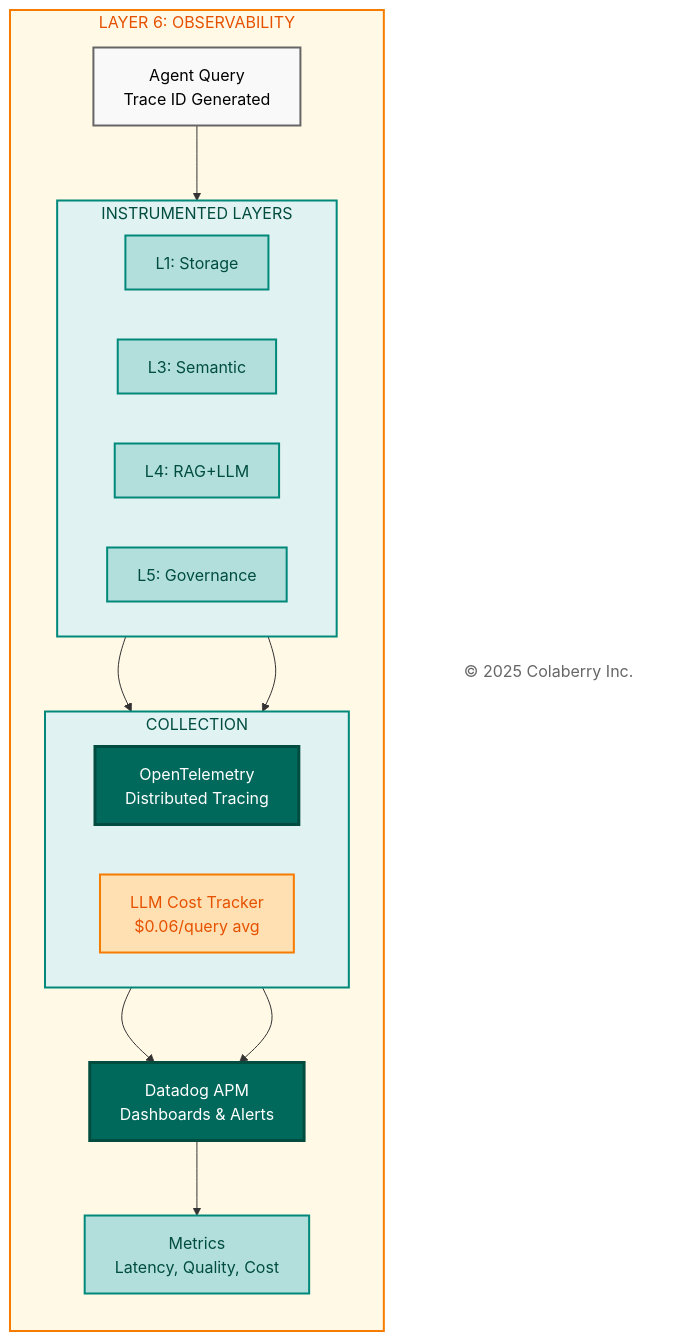
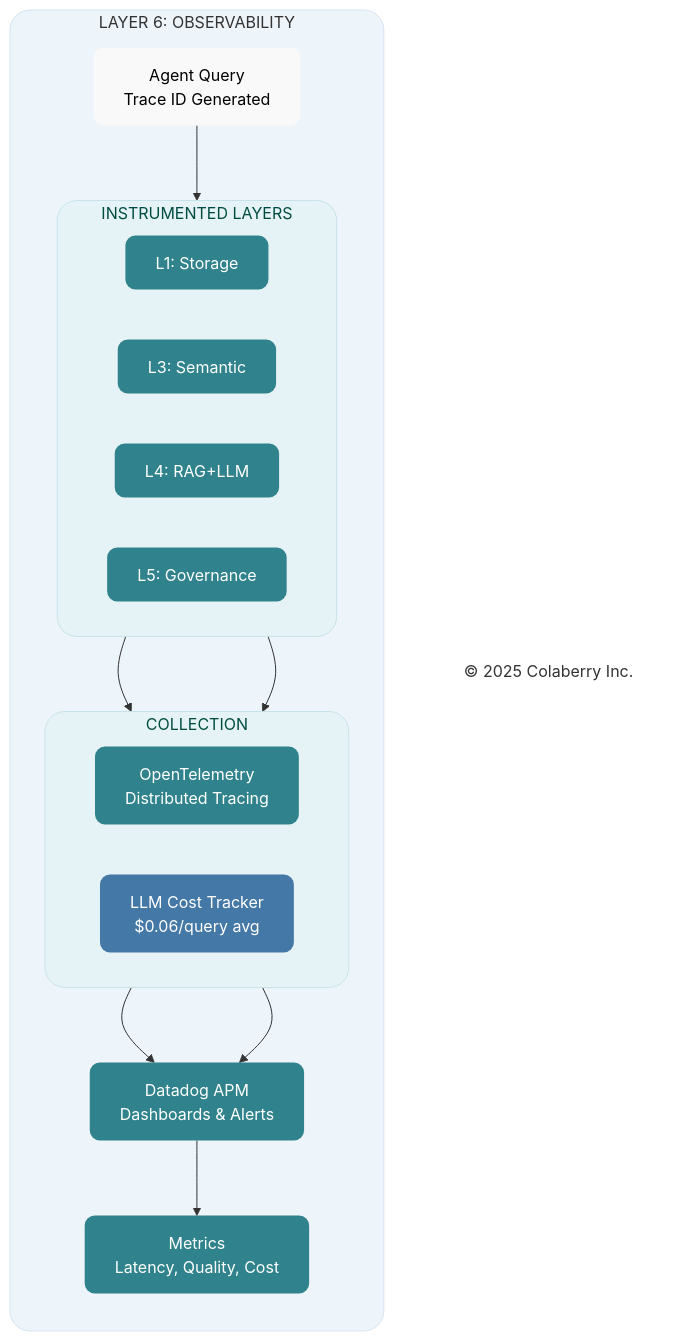
The seventh of 14 diagrams in manuscript/07_chapter_6_transparency_orchestration_layers.md (saitejesh-cyber/trust-before-intelligence-book), drawn with Mermaid before and after one commit. The commit also changed other lines of this file and 7 other files, not shown here.

Commit message:
Chapter 6to13: Updated mermaid diagrams based on new colaberry color code

````diff
--- a/manuscript/07_chapter_6_transparency_orchestration_layers.md
+++ b/manuscript/07_chapter_6_transparency_orchestration_layers.md
@@ -569,49 +569,49 @@
 ```mermaid
 
 graph TB
     subgraph LAYER6["LAYER 6: OBSERVABILITY"]
         direction TB
         Query["Agent Query<br/>Trace ID Generated"]
         
         subgraph LAYERS["INSTRUMENTED LAYERS"]
             direction LR
             L1["L1: Storage"]
             L3["L3: Semantic"]
             L4["L4: RAG+LLM"]
             L5["L5: Governance"]
         end
         
         subgraph COLLECTION["COLLECTION"]
             direction LR
             OTEL["OpenTelemetry<br/>Distributed Tracing"]
             LLM["LLM Cost Tracker<br/>$0.06/query avg"]
         end
         
         DD["Datadog APM<br/>Dashboards & Alerts"]
         Metrics["Metrics<br/>Latency, Quality, Cost"]
     end
     
     Copyright["© 2025 Colaberry Inc."]
     
     Query --> LAYERS
     LAYERS --> OTEL
     L4 --> LLM
     OTEL --> DD
     LLM --> DD
     DD --> Metrics
     
-    style LAYER6 fill:#fff9e6,stroke:#f57c00,stroke-width:2px,color:#e65100
-    style Query fill:#f9f9f9,stroke:#666666,stroke-width:2px,color:#000000
-    style LAYERS fill:#e0f2f1,stroke:#00897b,stroke-width:2px,color:#004d40
-    style L1 fill:#b2dfdb,stroke:#00897b,stroke-width:2px,color:#004d40
-    style L3 fill:#b2dfdb,stroke:#00897b,stroke-width:2px,color:#004d40
-    style L4 fill:#b2dfdb,stroke:#00897b,stroke-width:2px,color:#004d40
-    style L5 fill:#b2dfdb,stroke:#00897b,stroke-width:2px,color:#004d40
-    style COLLECTION fill:#e0f2f1,stroke:#00897b,stroke-width:2px,color:#004d40
-    style OTEL fill:#00695c,color:#ffffff,stroke:#004d40,stroke-width:3px
-    style LLM fill:#ffe0b2,stroke:#f57c00,stroke-width:2px,color:#e65100
-    style DD fill:#00695c,color:#ffffff,stroke:#004d40,stroke-width:3px
-    style Metrics fill:#b2dfdb,stroke:#00897b,stroke-width:2px,color:#004d40
-    style Copyright fill:#ffffff,stroke:none,color:#666666
+    style LAYER6 fill:#edf4fa,stroke:#d6e4f2,stroke-width:1px,color:#333333,rx:20,ry:20
+    style Query fill:#f9f9f9,stroke:none,color:#000000,rx:10,ry:10
+    style LAYERS fill:#e6f3f6,stroke:#c7e3ea,stroke-width:1px,color:#004d40,rx:20,ry:20
+    style L1 fill:#30838C,stroke:none,color:#ffffff,rx:10,ry:10
+    style L3 fill:#30838C,stroke:none,color:#ffffff,rx:10,ry:10
+    style L4 fill:#30838C,stroke:none,color:#ffffff,rx:10,ry:10
+    style L5 fill:#30838C,stroke:none,color:#ffffff,rx:10,ry:10
+    style COLLECTION fill:#e6f3f6,stroke:#c7e3ea,stroke-width:1px,color:#004d40,rx:20,ry:20
+    style OTEL fill:#30838C,stroke:none,color:#ffffff,rx:10,ry:10
+    style LLM fill:#4478A6,stroke:none,color:#ffffff,rx:10,ry:10
+    style DD fill:#30838C,stroke:none,color:#ffffff,rx:10,ry:10
+    style Metrics fill:#30838C,stroke:none,color:#ffffff,rx:10,ry:10
+    style Copyright fill:none,stroke:none,color:#333333
 
 ```
````
